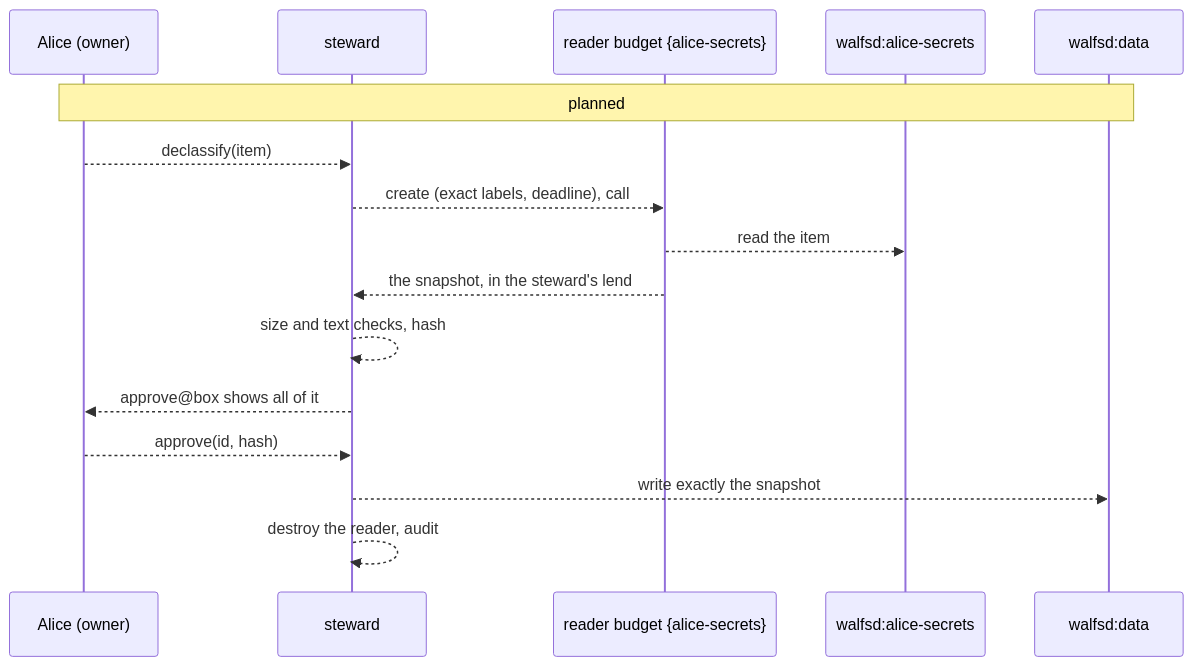
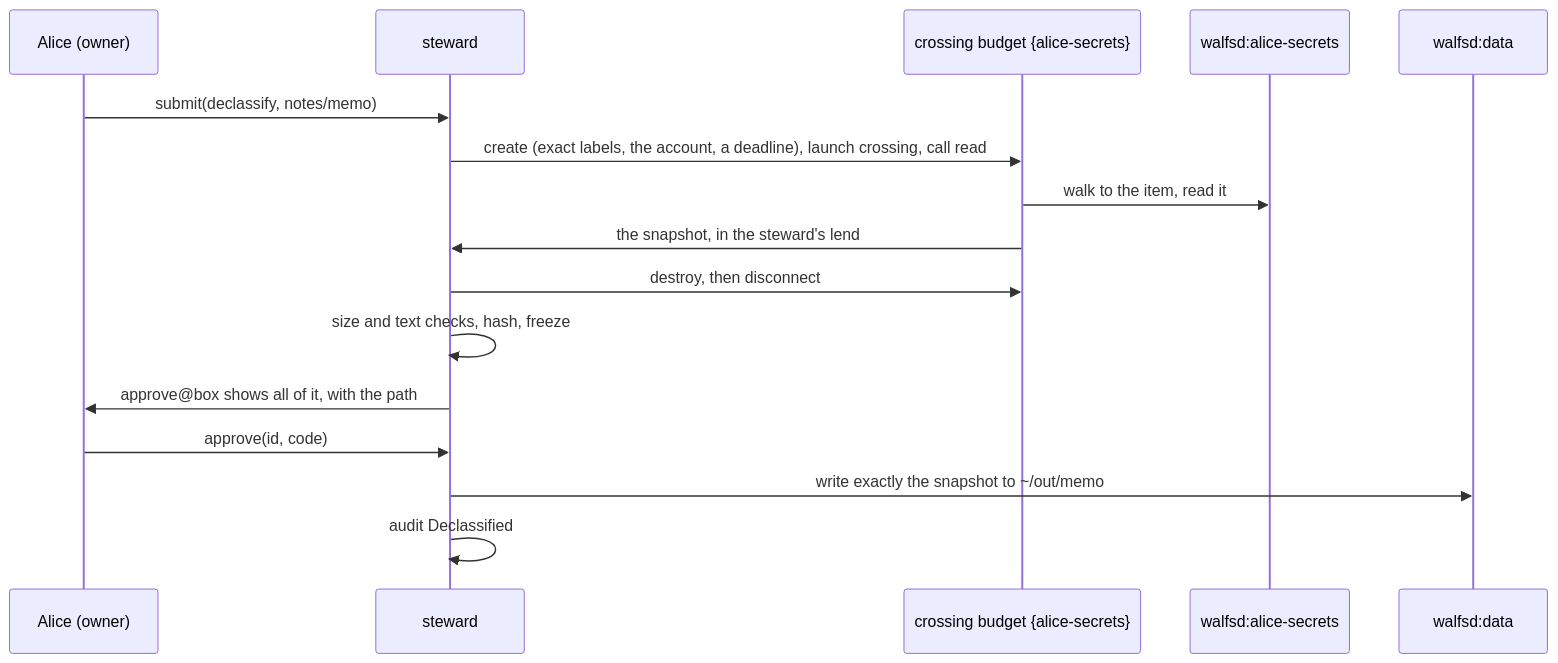
Before and after one commit to sirmick/redoubt: the third of 3 diagrams in docs/servers/steward.md, drawn with Mermaid. The commit also changed other lines of this file and 51 other files, not shown here.

Commit message:
WIP steward: declassification and push, the crossing program, the latency probe (checkpoint; to be folded)

````diff
--- a/docs/servers/steward.md
+++ b/docs/servers/steward.md
@@ -940,18 +1000,18 @@
 ```mermaid
 sequenceDiagram
     participant P as Alice (owner)
     participant ST as steward
-    participant R as reader budget {alice-secrets}
+    participant R as crossing budget {alice-secrets}
     participant V as walfsd:alice-secrets
     participant U as walfsd:data
-    Note over P,U: planned
-    P-->>ST: declassify(item)
-    ST-->>R: create (exact labels, deadline), call
-    R-->>V: read the item
-    R-->>ST: the snapshot, in the steward's lend
-    ST-->>ST: size and text checks, hash
-    ST-->>P: approve@box shows all of it
-    P-->>ST: approve(id, hash)
-    ST-->>U: write exactly the snapshot
-    ST-->>ST: destroy the reader, audit
+    P->>ST: submit(declassify, notes/memo)
+    ST->>R: create (exact labels, the account, a deadline), launch crossing, call read
+    R->>V: walk to the item, read it
+    R->>ST: the snapshot, in the steward's lend
+    ST->>R: destroy, then disconnect
+    ST->>ST: size and text checks, hash, freeze
+    ST->>P: approve@box shows all of it, with the path
+    P->>ST: approve(id, code)
+    ST->>U: write exactly the snapshot to ~/out/memo
+    ST->>ST: audit Declassified
 ```
````
